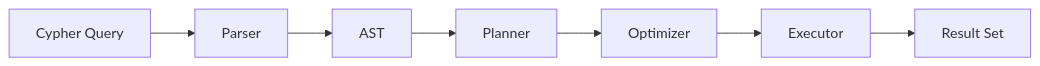
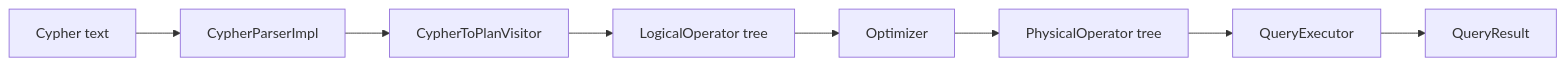
One commit to nexepic/zyx changed the first of 4 diagrams in docs/apps/docs/content/docs/en/zyx/architecture/query-engine.mdx. Above: the diagram before and after it, drawn with Mermaid. The commit also changed other lines of this file and 73 other files, not shown here.

````diff
--- a/docs/apps/docs/content/docs/en/zyx/architecture/query-engine.mdx
+++ b/docs/apps/docs/content/docs/en/zyx/architecture/query-engine.mdx
@@ -18,9 +18,10 @@
 ```mermaid
 graph LR
-    A[Cypher Query] --> B[Parser]
-    B --> C[AST]
-    C --> D[Planner]
-    D --> E[Optimizer]
-    E --> F[Executor]
-    F --> G[Result Set]
+    A["Cypher text"] --> B["CypherParserImpl"]
+    B --> C["CypherToPlanVisitor"]
+    C --> D["LogicalOperator tree"]
+    D --> E["Optimizer"]
+    E --> F["PhysicalOperator tree"]
+    F --> G["QueryExecutor"]
+    G --> H["QueryResult"]
 ```
````
